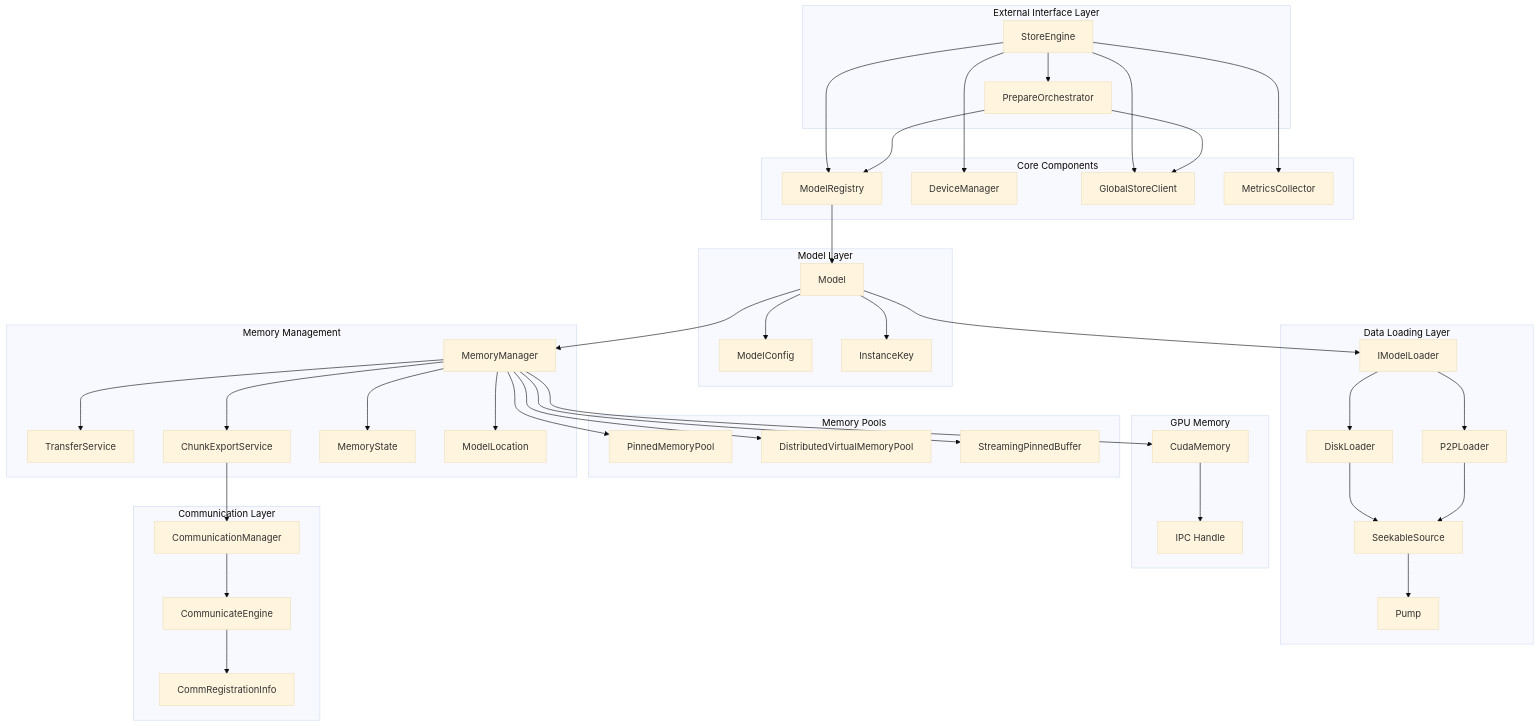
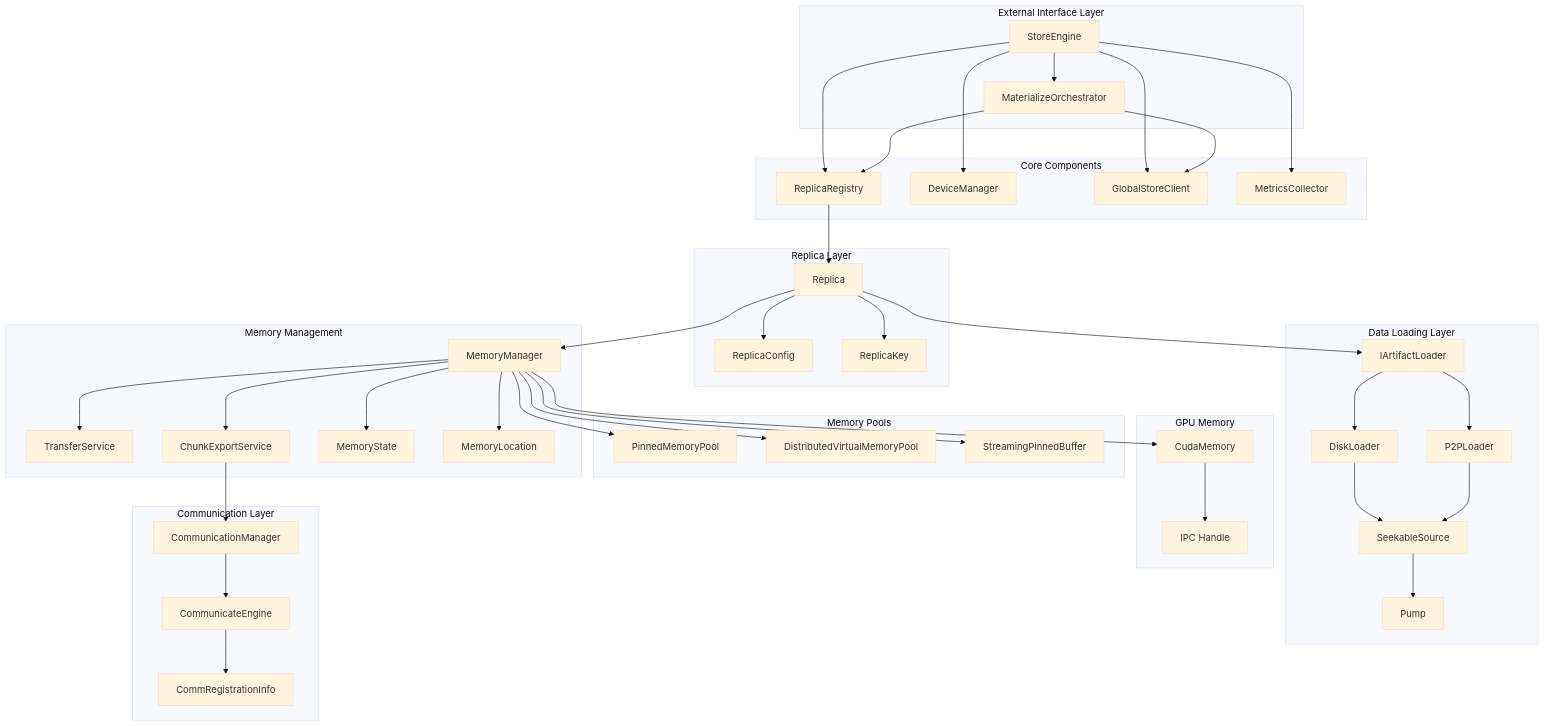
The first of 13 diagrams in web-docs/docs/developer-guides/core/store/architecture.md (tensorcast-ai/tensorcast), drawn with Mermaid (base theme) before and after one commit. The commit also changed other lines of this file and 331 other files, not shown here.

Commit message:
refactor: refactor model to artifact & replica

```diff
--- a/web-docs/docs/developer-guides/core/store/architecture.md
+++ b/web-docs/docs/developer-guides/core/store/architecture.md
@@ -19,20 +19,20 @@
 graph TB
     subgraph "External Interface Layer"
         CS[StoreEngine]
-        PO[PrepareOrchestrator]
+        PO[MaterializeOrchestrator]
     end
 
     subgraph "Core Components"
-        MR[ModelRegistry]
+        MR[ReplicaRegistry]
         DM[DeviceManager]
         GSC[GlobalStoreClient]
         MC[MetricsCollector]
     end
 
-    subgraph "Model Layer"
-        M[Model]
-        MCF[ModelConfig]
-        IK[InstanceKey]
+    subgraph "Replica Layer"
+        M[Replica]
+        MCF[ReplicaConfig]
+        IK[ReplicaKey]
     end
 
     subgraph "Memory Management"
@@ -40,11 +40,11 @@
         TS[TransferService]
         CES[ChunkExportService]
         MS[MemoryState]
-        ML[ModelLocation]
+        ML[MemoryLocation]
     end
 
     subgraph "Data Loading Layer"
-        IL[IModelLoader]
+        IL[IArtifactLoader]
         DL[DiskLoader]
         PL[P2PLoader]
         SS[SeekableSource]
```
